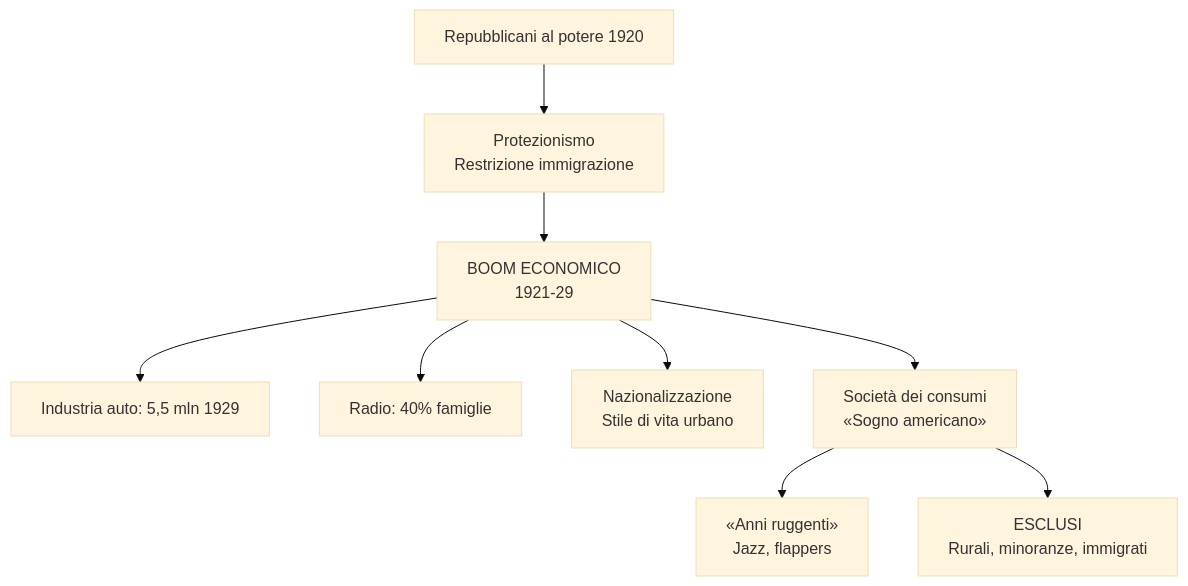
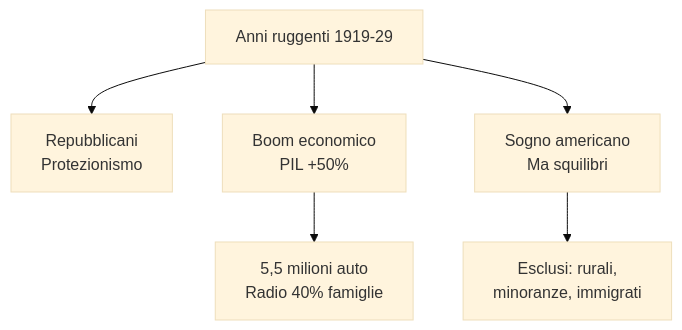
Before and after one commit to riccardo-algorime/appunti-5Bsa: the second of 6 diagrams in storia/materiale/studio/capitolo_3.10_ripasso.md, drawn with Mermaid (base theme). The commit also changed other lines of this file and 5 other files, not shown here.

````diff
--- a/storia/materiale/studio/capitolo_3.10_ripasso.md
+++ b/storia/materiale/studio/capitolo_3.10_ripasso.md
@@ -96,11 +97,8 @@
 ```mermaid
 flowchart TD
-    A[Repubblicani al potere 1920] --> B[Protezionismo<br/>Restrizione immigrazione]
-    B --> C[BOOM ECONOMICO<br/>1921-29]
-    C --> D[Industria auto: 5,5 mln 1929]
-    C --> E[Radio: 40% famiglie]
-    C --> F[Nazionalizzazione<br/>Stile di vita urbano]
-    C --> G[Società dei consumi<br/>«Sogno americano»]
-    G --> H[«Anni ruggenti»<br/>Jazz, flappers]
-    G --> I[ESCLUSI<br/>Rurali, minoranze, immigrati]
+    A[Anni ruggenti 1919-29] --> B[Repubblicani<br/>Protezionismo]
+    A --> C[Boom economico<br/>PIL +50%]
+    C --> D[5,5 milioni auto<br/>Radio 40% famiglie]
+    A --> E[Sogno americano<br/>Ma squilibri]
+    E --> F[Esclusi: rurali,<br/>minoranze, immigrati]
 ```
````
